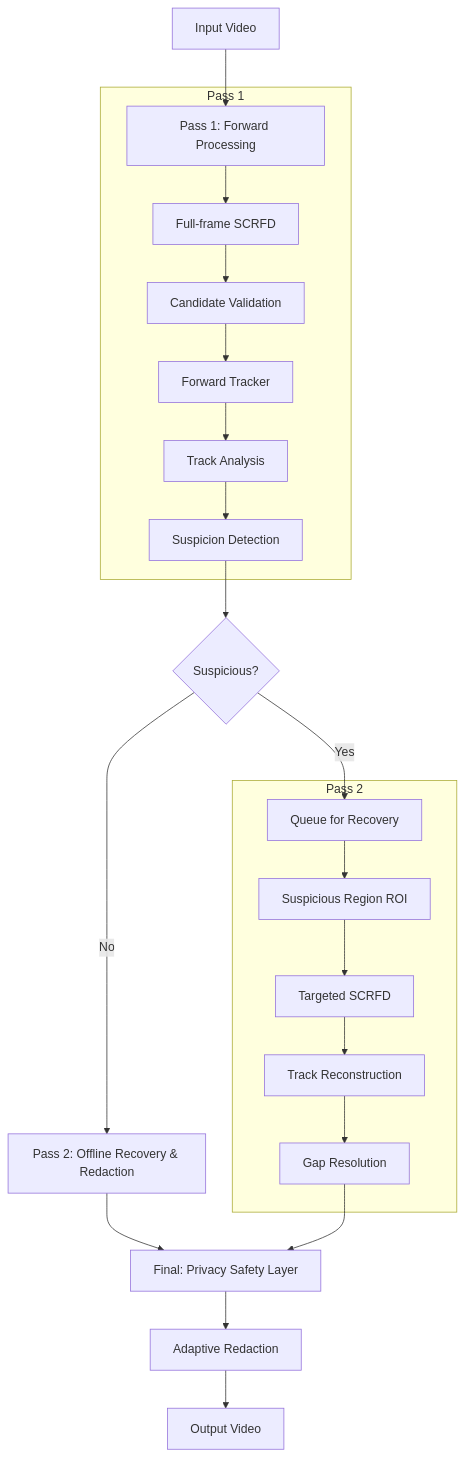
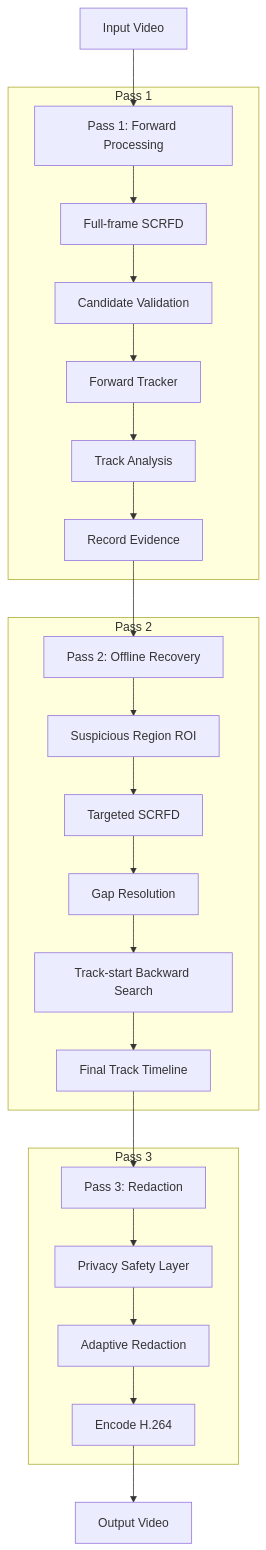
Before and after one commit to aditya-21a/pixelVeil: the first of 10 diagrams in docs/architecture-diagrams.md, drawn with Mermaid. The commit also changed other lines of this file and 5 other files, not shown here.

First line of the commit message:
docs: revise architecture based on hostile review

````diff
--- a/docs/architecture-diagrams.md
+++ b/docs/architecture-diagrams.md
@@ -8,26 +8,28 @@
 ```mermaid
 graph TD
     A[Input Video] --> B[Pass 1: Forward Processing]
     subgraph Pass 1
         B --> C[Full-frame SCRFD]
         C --> D[Candidate Validation]
         D --> E[Forward Tracker]
         E --> F[Track Analysis]
-        F --> G[Suspicion Detection]
-    end
-    G --> H{Suspicious?}
-    H -- Yes --> I[Queue for Recovery]
-    H -- No --> J[Pass 2: Offline Recovery & Redaction]
-    
-    subgraph Pass 2
-        I --> K[Suspicious Region ROI]
-        K --> L[Targeted SCRFD]
-        L --> M[Track Reconstruction]
-        M --> N[Gap Resolution]
+        F --> G[Record Evidence]
     end
     
-    J --> O[Final: Privacy Safety Layer]
-    N --> O
-    O --> P[Adaptive Redaction]
-    P --> Q[Output Video]
+    G --> H[Pass 2: Offline Recovery]
+    subgraph Pass 2
+        H --> I[Suspicious Region ROI]
+        I --> J[Targeted SCRFD]
+        J --> K[Gap Resolution]
+        K --> L[Track-start Backward Search]
+        L --> M[Final Track Timeline]
+    end
+    
+    M --> N[Pass 3: Redaction]
+    subgraph Pass 3
+        N --> O[Privacy Safety Layer]
+        O --> P[Adaptive Redaction]
+        P --> Q[Encode H.264]
+    end
+    Q --> R[Output Video]
 ```
````
